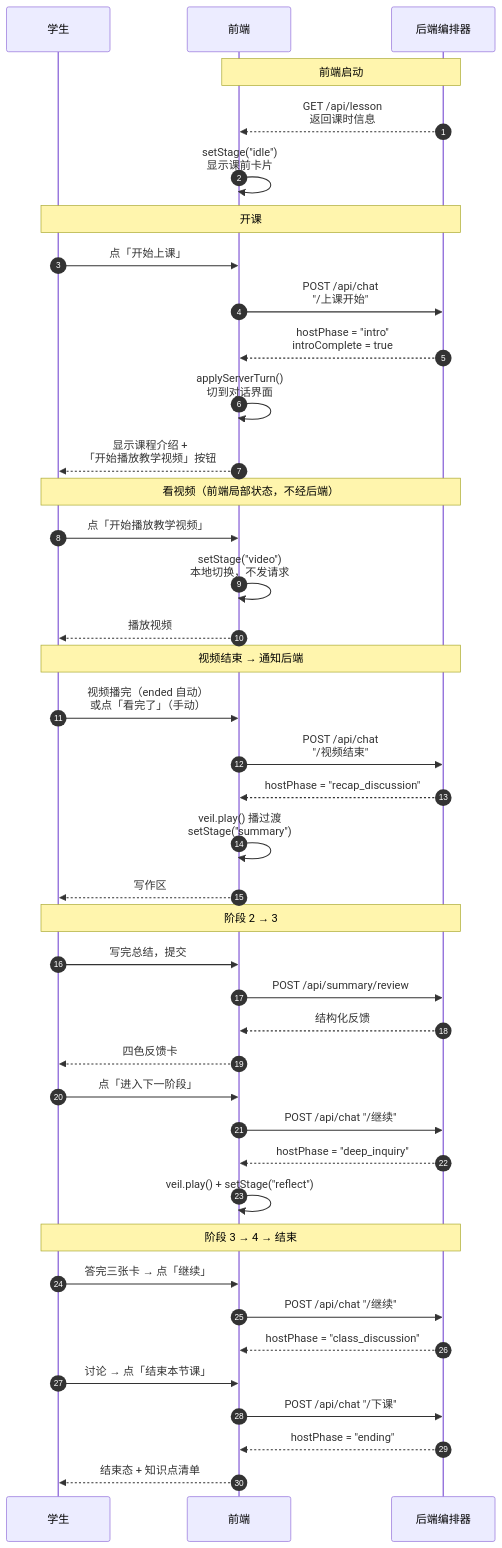
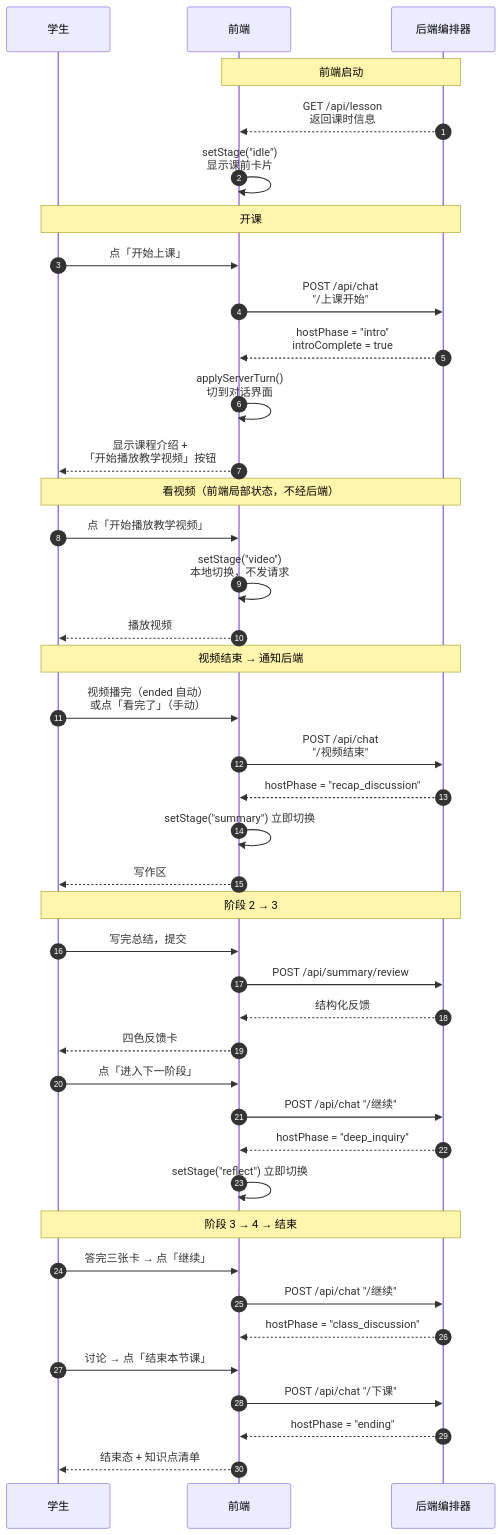
One commit to Awdyuer/SZU_Student_Agent changed the second of 5 diagrams in docs/architecture/ARCHITECTURE.md. Above: the diagram before and after it, drawn with Mermaid. The commit also changed other lines of this file and 19 other files, not shown here.

Commit message:
添加流程图和快速启动文件

````diff
--- a/docs/architecture/ARCHITECTURE.md
+++ b/docs/architecture/ARCHITECTURE.md
@@ -71,49 +70,49 @@
 ```mermaid
 sequenceDiagram
     autonumber
     participant S as 学生
     participant F as 前端
     participant B as 后端编排器
 
     Note over F,B: 前端启动
     B-->>F: GET /api/lesson<br/>返回课时信息
     F->>F: setStage("idle")<br/>显示课前卡片
 
     Note over S,B: 开课
     S->>F: 点「开始上课」
     F->>B: POST /api/chat<br/>"/上课开始"
     B-->>F: hostPhase = "intro"<br/>introComplete = true
     F->>F: applyServerTurn()<br/>切到对话界面
     F-->>S: 显示课程介绍 +<br/>「开始播放教学视频」按钮
 
     Note over S,B: 看视频（前端局部状态，不经后端）
     S->>F: 点「开始播放教学视频」
     F->>F: setStage("video")<br/>本地切换，不发请求
     F-->>S: 播放视频
 
     Note over S,B: 视频结束 → 通知后端
     S->>F: 视频播完（ended 自动）<br/>或点「看完了」（手动）
     F->>B: POST /api/chat<br/>"/视频结束"
     B-->>F: hostPhase = "recap_discussion"
-    F->>F: veil.play() 播过渡<br/>setStage("summary")
+    F->>F: setStage("summary") 立即切换
     F-->>S: 写作区
 
     Note over S,B: 阶段 2 → 3
     S->>F: 写完总结，提交
     F->>B: POST /api/summary/review
     B-->>F: 结构化反馈
     F-->>S: 四色反馈卡
     S->>F: 点「进入下一阶段」
     F->>B: POST /api/chat "/继续"
     B-->>F: hostPhase = "deep_inquiry"
-    F->>F: veil.play() + setStage("reflect")
+    F->>F: setStage("reflect") 立即切换
 
     Note over S,B: 阶段 3 → 4 → 结束
     S->>F: 答完三张卡 → 点「继续」
     F->>B: POST /api/chat "/继续"
     B-->>F: hostPhase = "class_discussion"
     S->>F: 讨论 → 点「结束本节课」
     F->>B: POST /api/chat "/下课"
     B-->>F: hostPhase = "ending"
     F-->>S: 结束态 + 知识点清单
 ```
````
